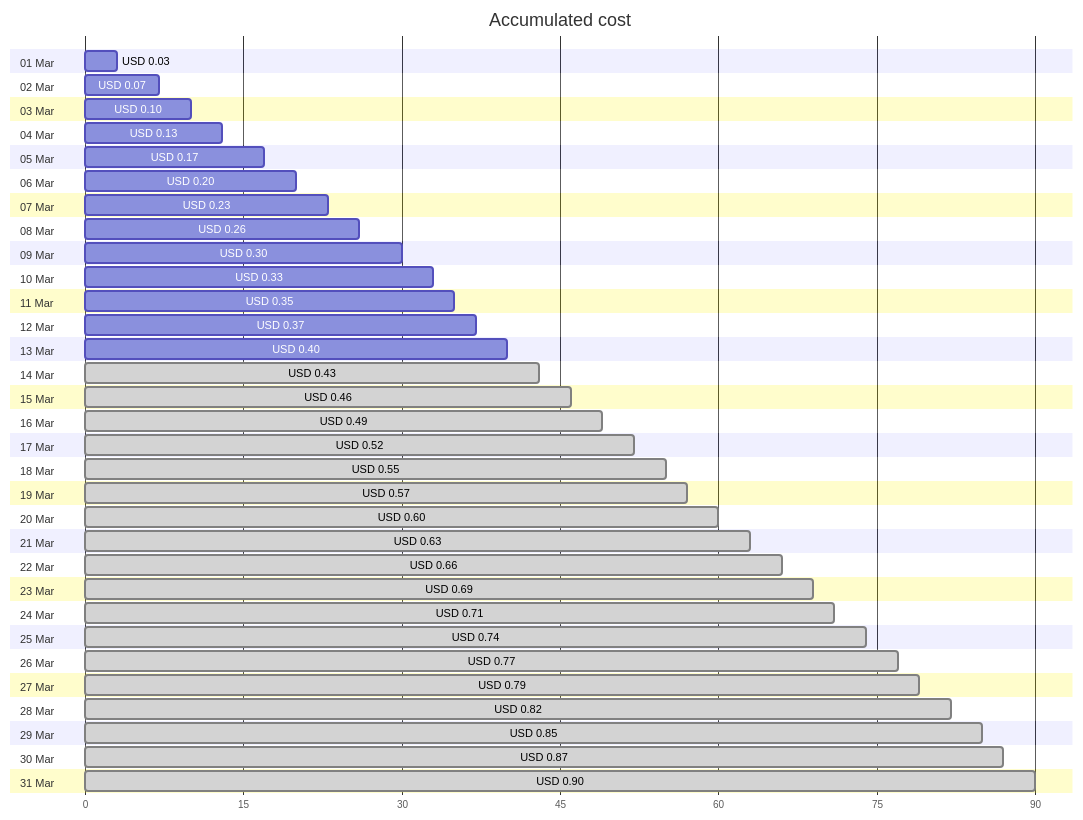
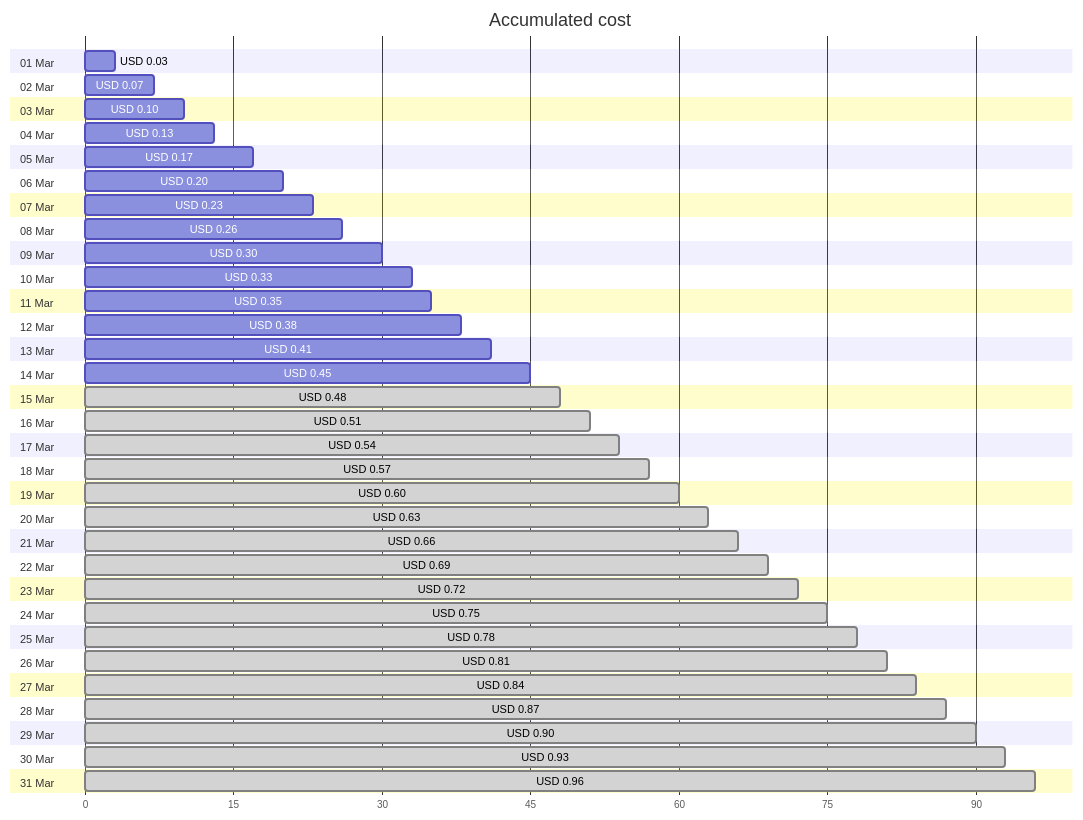
One commit to jpfulton/azure-personal-reports changed the first of 4 diagrams in cost-reports/personal-dns/README.md. Above: the diagram before and after it, drawn with Mermaid. The commit also changed other lines of this file and 2 other files, not shown here.

Commit message:
Generated reports [skip ci]

````diff
--- a/cost-reports/personal-dns/README.md
+++ b/cost-reports/personal-dns/README.md
@@ -20,68 +20,68 @@
 ```mermaid
 gantt
    title Accumulated cost
    dateFormat  X
    axisFormat %s
    section 01 Mar
    USD 0.03 :0, 3
    section 02 Mar
    USD 0.07 :0, 7
    section 03 Mar
    USD 0.10 :0, 10
    section 04 Mar
    USD 0.13 :0, 13
    section 05 Mar
    USD 0.17 :0, 17
    section 06 Mar
    USD 0.20 :0, 20
    section 07 Mar
    USD 0.23 :0, 23
    section 08 Mar
    USD 0.26 :0, 26
    section 09 Mar
    USD 0.30 :0, 30
    section 10 Mar
    USD 0.33 :0, 33
    section 11 Mar
    USD 0.35 :0, 35
    section 12 Mar
-   USD 0.37 :0, 37
+   USD 0.38 :0, 38
    section 13 Mar
-   USD 0.40 :0, 40
+   USD 0.41 :0, 41
    section 14 Mar
-   USD 0.43 : done, 0, 43
+   USD 0.45 :0, 45
    section 15 Mar
-   USD 0.46 : done, 0, 46
+   USD 0.48 : done, 0, 48
    section 16 Mar
-   USD 0.49 : done, 0, 49
+   USD 0.51 : done, 0, 51
    section 17 Mar
-   USD 0.52 : done, 0, 52
+   USD 0.54 : done, 0, 54
    section 18 Mar
-   USD 0.55 : done, 0, 55
+   USD 0.57 : done, 0, 57
    section 19 Mar
-   USD 0.57 : done, 0, 57
+   USD 0.60 : done, 0, 60
    section 20 Mar
-   USD 0.60 : done, 0, 60
+   USD 0.63 : done, 0, 63
    section 21 Mar
-   USD 0.63 : done, 0, 63
+   USD 0.66 : done, 0, 66
    section 22 Mar
-   USD 0.66 : done, 0, 66
+   USD 0.69 : done, 0, 69
    section 23 Mar
-   USD 0.69 : done, 0, 69
+   USD 0.72 : done, 0, 72
    section 24 Mar
-   USD 0.71 : done, 0, 71
+   USD 0.75 : done, 0, 75
    section 25 Mar
-   USD 0.74 : done, 0, 74
+   USD 0.78 : done, 0, 78
    section 26 Mar
-   USD 0.77 : done, 0, 77
+   USD 0.81 : done, 0, 81
    section 27 Mar
-   USD 0.79 : done, 0, 79
+   USD 0.84 : done, 0, 84
    section 28 Mar
-   USD 0.82 : done, 0, 82
+   USD 0.87 : done, 0, 87
    section 29 Mar
-   USD 0.85 : done, 0, 85
+   USD 0.90 : done, 0, 90
    section 30 Mar
-   USD 0.87 : done, 0, 87
+   USD 0.93 : done, 0, 93
    section 31 Mar
-   USD 0.90 : done, 0, 90
+   USD 0.96 : done, 0, 96
 ```
````
